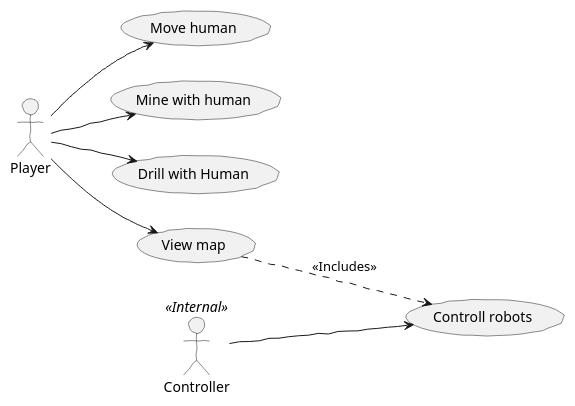
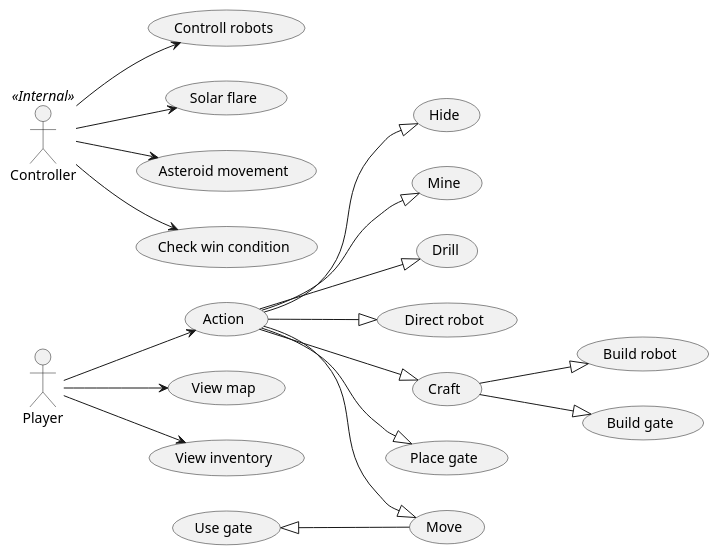
Before and after one commit to viseguard-studios/Documentation: the diagram in docs/1_Project/use-case.puml, drawn with PlantUML. The commit also changed 4 other files, not shown here.

```diff
--- a/docs/1_Project/use-case.puml
+++ b/docs/1_Project/use-case.puml
@@ -1,25 +1,61 @@
 @startuml
-skinparam handwritten true
+left to right direction
 
-left to right direction
 actor Player as p
 
 actor Controller as c << Internal >>
 
-usecase "Move human" as UC1
-p --> UC1
+usecase "Action" as Action
+p --> Action
 
-usecase "Mine with human" as UC2
-p --> UC2
+usecase "Move" as UC1
+Action --|> UC1
 
-usecase "Drill with Human" as UC3
-p --> UC3
+usecase "Use gate" as UC14
+UC14 <|-- UC1
+
+usecase "Hide" as UC15
+Action --|> UC15
+
+usecase "Mine" as UC2
+Action --|> UC2
+
+usecase "Drill" as UC3
+Action --|> UC3
+
+
+
+usecase "Direct robot" as Direct
+Action --|> Direct
+
+usecase "Craft" as Craft
+Action --|> Craft
+
+usecase "Build robot" as Build_Bot
+Craft --|> Build_Bot
+
+usecase "Build gate" as UC7
+Craft --|> UC7
+
+usecase "Place gate" as UC8
+Action --|> UC8
 
 usecase "View map" as UC4
 p --> UC4
 
+usecase "View inventory" as UC12
+p --> UC12
+
 usecase "Controll robots" as UC5
 c --> UC5
-UC4 ..> UC5 : << Includes >>
+
+usecase "Solar flare" as UC10
+c --> UC10
+
+usecase "Asteroid movement" as UC11
+c --> UC11
+
+usecase "Check win condition" as UC13
+c --> UC13
 
 @enduml
```
